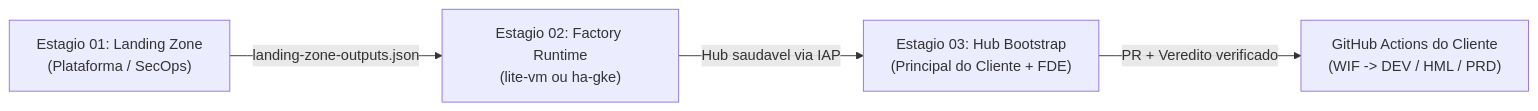
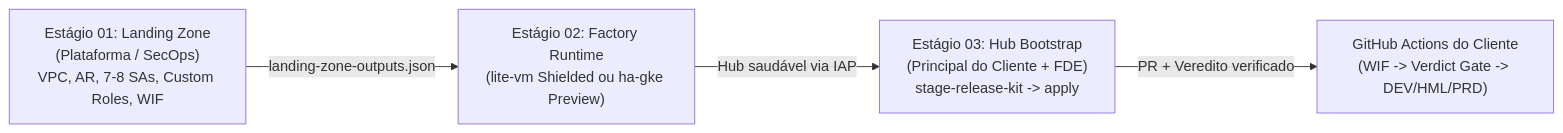
One commit to carlosmscabral/gcp-fde-factories changed the first of 2 diagrams in docs/CUSTOMER_LANDING_ZONE_REQUIREMENTS.md. Above: the diagram before and after it, drawn with Mermaid. The commit also changed other lines of this file and 79 other files, not shown here.

````diff
--- a/docs/CUSTOMER_LANDING_ZONE_REQUIREMENTS.md
+++ b/docs/CUSTOMER_LANDING_ZONE_REQUIREMENTS.md
@@ -13,6 +13,6 @@
 ```mermaid
 flowchart LR
-    P1["Estagio 01: Landing Zone<br/>(Plataforma / SecOps)"] -->|"landing-zone-outputs.json"| P2["Estagio 02: Factory Runtime<br/>(lite-vm ou ha-gke)"]
-    P2 -->|"Hub saudavel via IAP"| P3["Estagio 03: Hub Bootstrap<br/>(Principal do Cliente + FDE)"]
-    P3 -->|"PR + Veredito verificado"| CI["GitHub Actions do Cliente<br/>(WIF -> DEV / HML / PRD)"]
+    P1["Estágio 01: Landing Zone<br/>(Plataforma / SecOps)<br/>VPC, AR, 7-8 SAs, Custom Roles, WIF"] -->|"landing-zone-outputs.json"| P2["Estágio 02: Factory Runtime<br/>(lite-vm Shielded ou ha-gke Preview)"]
+    P2 -->|"Hub saudável via IAP"| P3["Estágio 03: Hub Bootstrap<br/>(Principal do Cliente + FDE)<br/>stage-release-kit -> apply"]
+    P3 -->|"PR + Veredito verificado"| CI["GitHub Actions do Cliente<br/>(WIF -> Verdict Gate -> DEV/HML/PRD)"]
 ```
````
